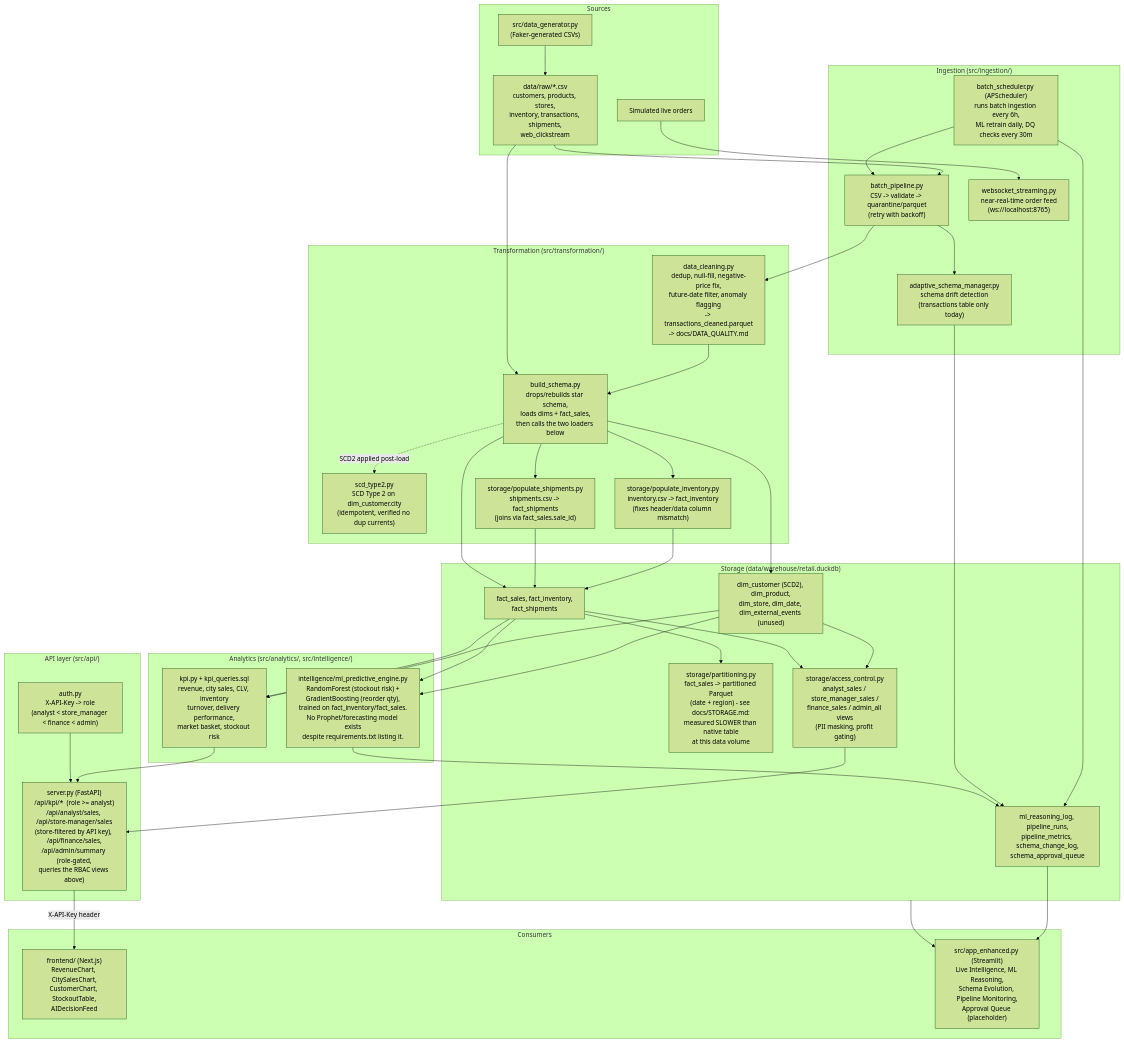
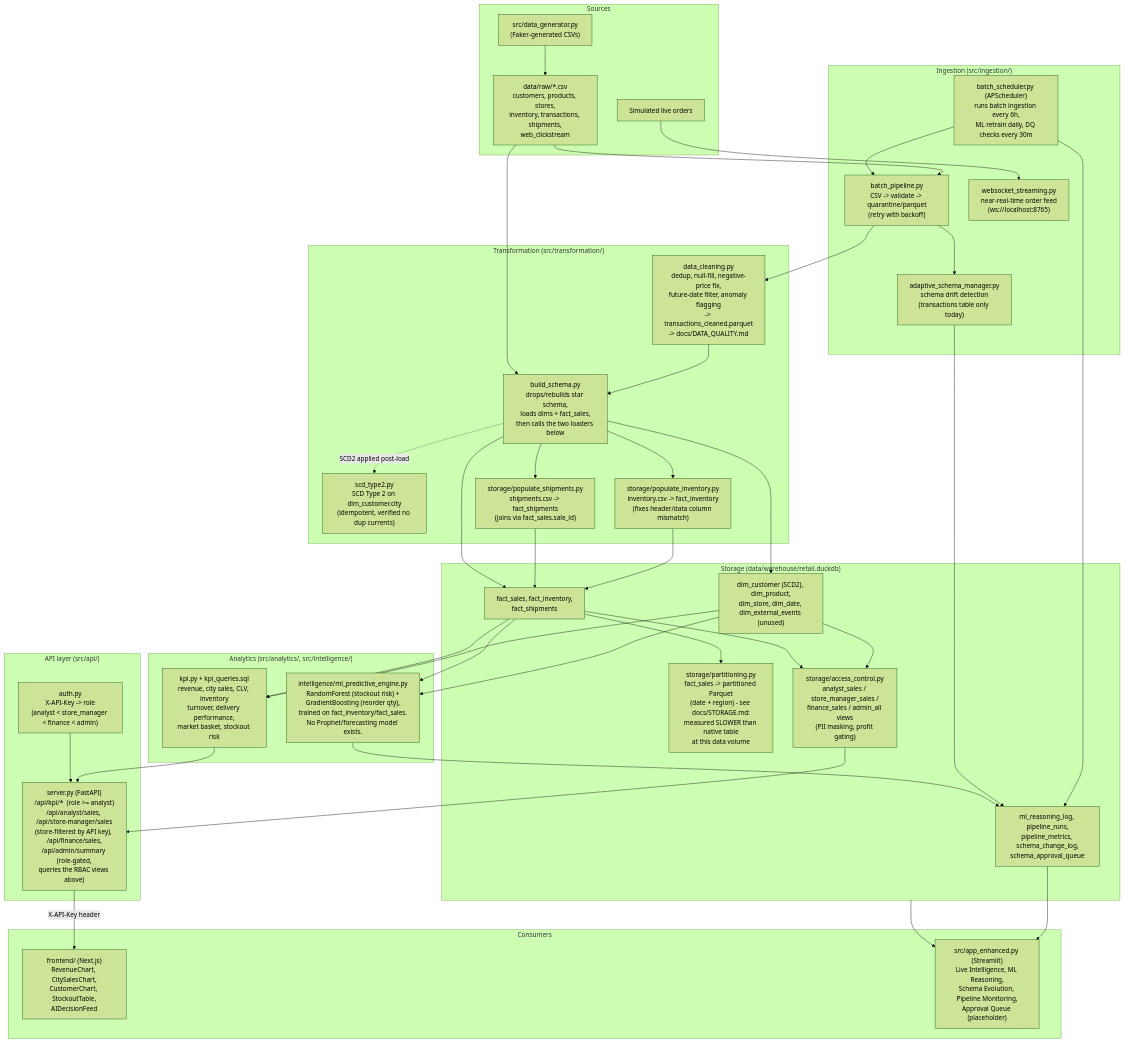
The diagram in docs/ARCHITECTURE.md (ramkirangaruda/RetailOS), drawn with Mermaid (forest theme) before and after one commit. The commit also changed other lines of this file and 9 other files, not shown here.

```diff
--- a/docs/ARCHITECTURE.md
+++ b/docs/ARCHITECTURE.md
@@ -63,7 +63,7 @@
 
     subgraph Analytics["Analytics (src/analytics/, src/intelligence/)"]
         KPI["kpi.py + kpi_queries.sql\nrevenue, city sales, CLV, inventory\nturnover, delivery performance,\nmarket basket, stockout risk"]
-        ML["intelligence/ml_predictive_engine.py\nRandomForest (stockout risk) +\nGradientBoosting (reorder qty),\ntrained on fact_inventory/fact_sales.\nNo Prophet/forecasting model exists\ndespite requirements.txt listing it."]
+        ML["intelligence/ml_predictive_engine.py\nRandomForest (stockout risk) +\nGradientBoosting (reorder qty),\ntrained on fact_inventory/fact_sales.\nNo Prophet/forecasting model exists."]
     end
 
     DIMS --> KPI
```
